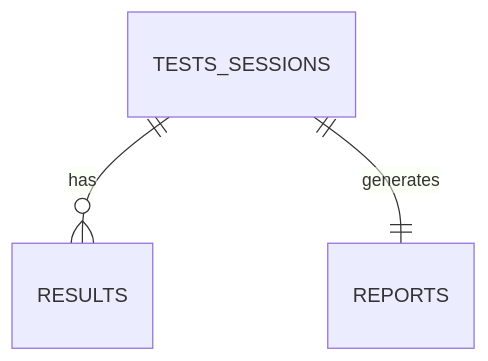
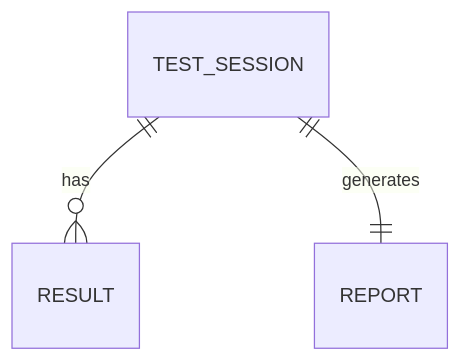
The fifth of 8 diagrams in README.md (mrxsierra/ems-db), drawn with Mermaid before and after one commit. The commit also changed other lines of this file and 11 other files, not shown here.

````diff
--- a/README.md
+++ b/README.md
@@ -51,5 +62,5 @@
 ```mermaid
 erDiagram
-    TESTS_SESSIONS ||--o{ RESULTS : "has"
-TESTS_SESSIONS ||--|| REPORTS : "generates"
+    TEST_SESSION ||--o{ RESULT : "has"
+    TEST_SESSION ||--|| REPORT : "generates"
 ```
````
